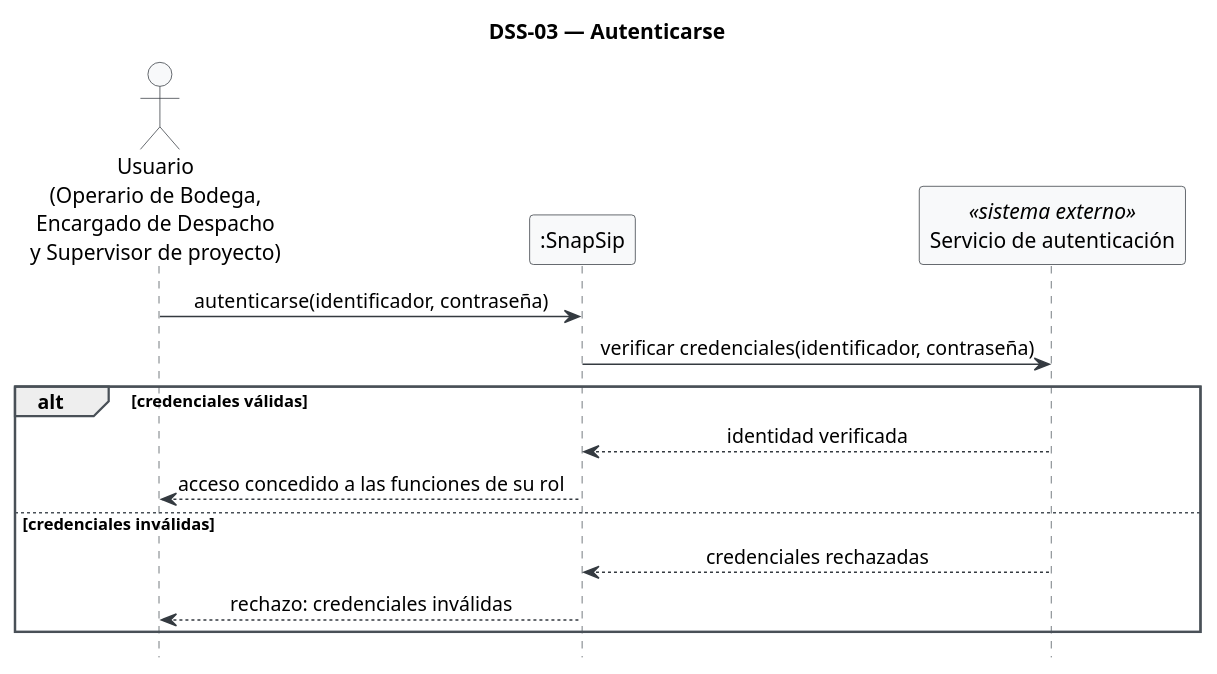
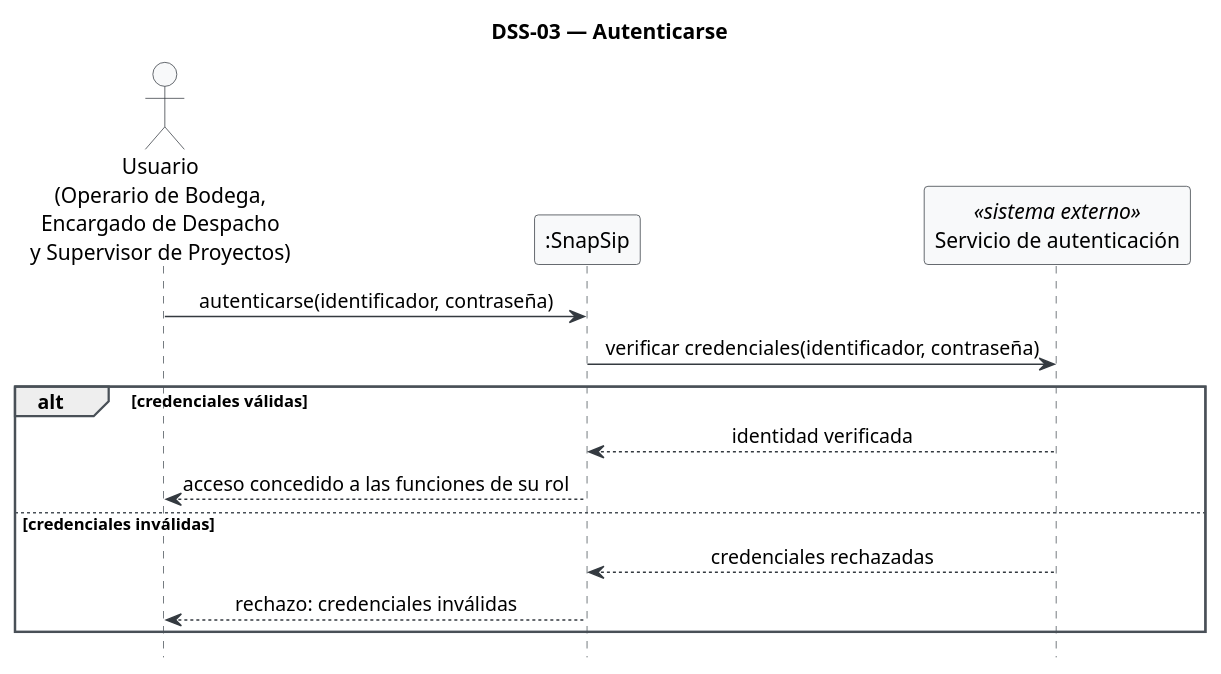
One commit to Foyzen-Kaze/snapsip changed the diagram in diagramas/dss-03.puml. Above: the diagram before and after it, drawn with PlantUML. The commit also changed 12 other files, not shown here.

Commit message:
Diagramas de estado y secuencia correccion

```diff
--- a/diagramas/dss-03.puml
+++ b/diagramas/dss-03.puml
@@ -1,30 +1,30 @@
 @startuml dss-03
 title DSS-03 — Autenticarse
 hide footbox
 skinparam shadowing false
 skinparam sequenceMessageAlign center
 skinparam maxMessageSize 300
 skinparam sequence {
   ArrowColor #343A40
   LifeLineBorderColor #495057
   ParticipantBackgroundColor #F8F9FA
   ParticipantBorderColor #343A40
   ActorBackgroundColor #F8F9FA
   ActorBorderColor #343A40
   GroupBorderColor #495057
 }
 
-actor "Usuario\n(Operario de Bodega,\nEncargado de Despacho\ny Supervisor de proyecto)" as U
+actor "Usuario\n(Operario de Bodega,\nEncargado de Despacho\ny Supervisor de Proyectos)" as U
 participant ":SnapSip" as SS
 participant "Servicio de autenticación" as AUT <<sistema externo>>
 
 U -> SS : autenticarse(identificador, contraseña)
 SS -> AUT : verificar credenciales(identificador, contraseña)
 alt credenciales válidas
   AUT --> SS : identidad verificada
   SS --> U : acceso concedido a las funciones de su rol
 else credenciales inválidas
   AUT --> SS : credenciales rechazadas
   SS --> U : rechazo: credenciales inválidas
 end
 @enduml
```
